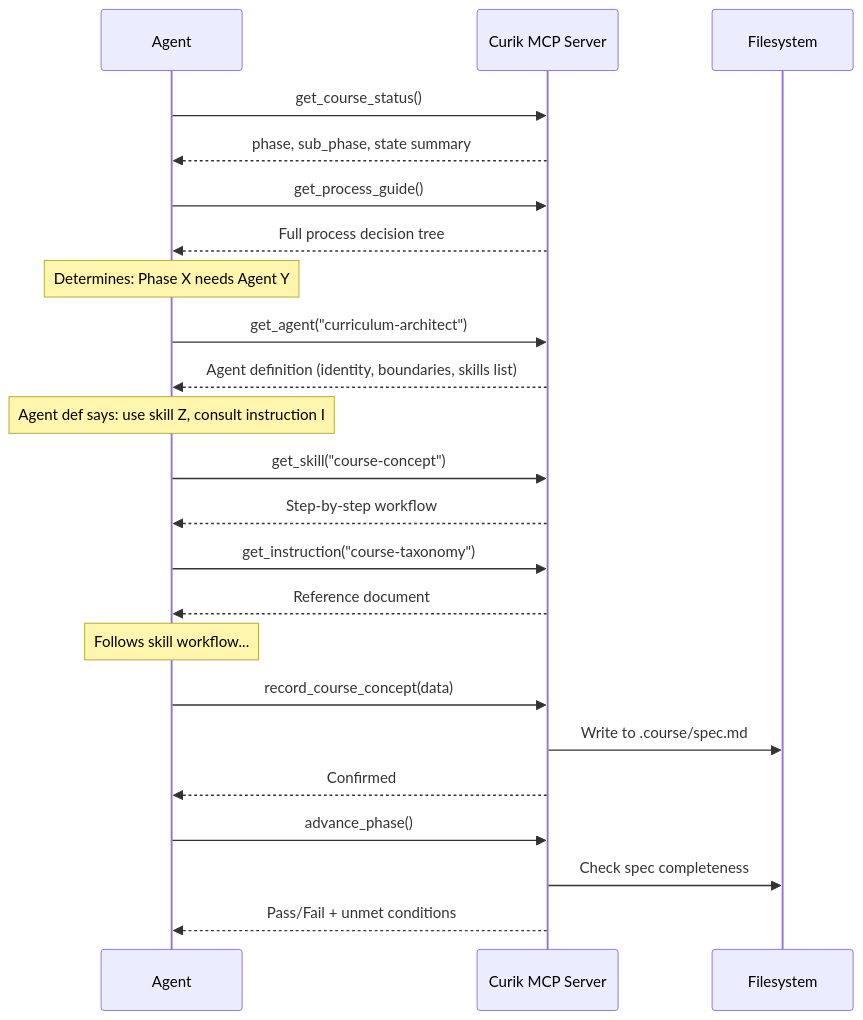
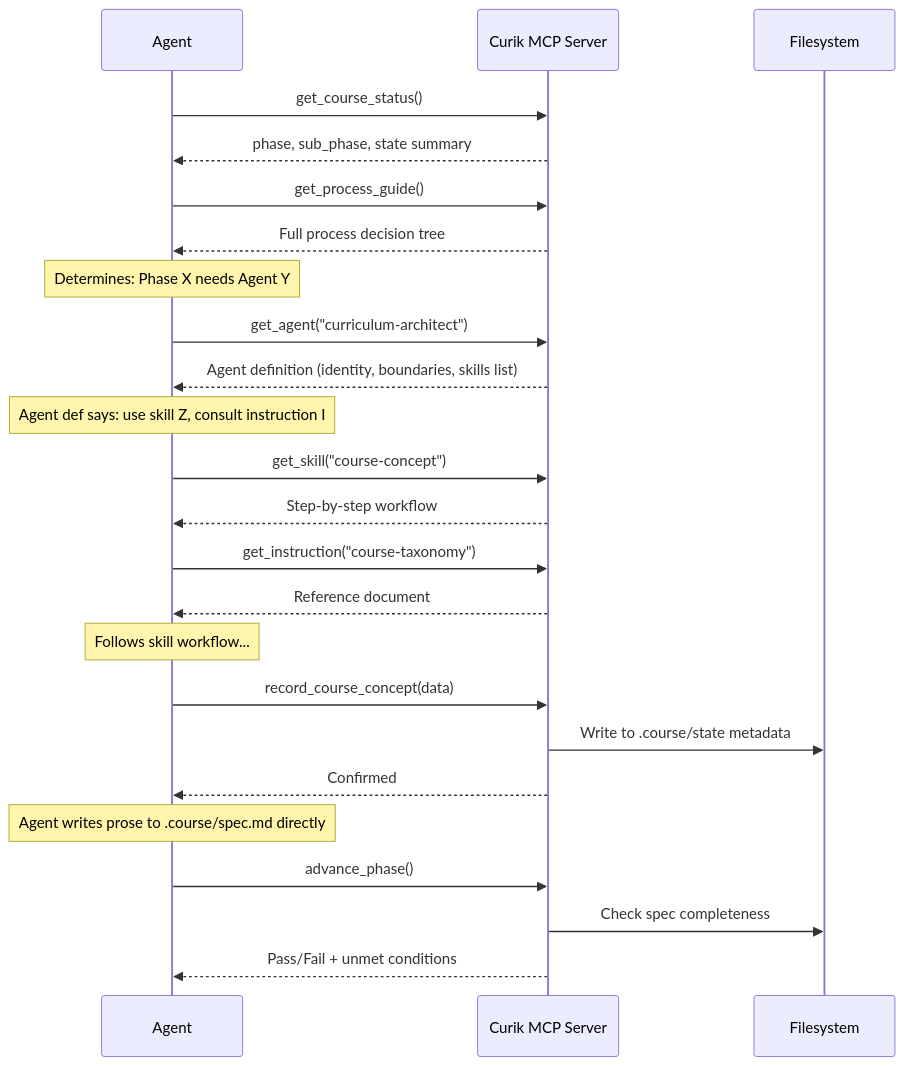
Before and after one commit to league-infrastructure/curik: the fifth of 6 diagrams in docs/curik-mcp-server-spec.md, drawn with Mermaid. The commit also changed other lines of this file and 1 other file, not shown here.

Commit message:
docs: add MCP server spec, remove outdated v1 project plan

````diff
--- a/docs/curik-mcp-server-spec.md
+++ b/docs/curik-mcp-server-spec.md
@@ -520,35 +533,37 @@
 ```mermaid
 sequenceDiagram
     participant Agent
     participant MCP as Curik MCP Server
     participant Files as Filesystem
     
     Agent->>MCP: get_course_status()
     MCP-->>Agent: phase, sub_phase, state summary
     
     Agent->>MCP: get_process_guide()
     MCP-->>Agent: Full process decision tree
     
     Note over Agent: Determines: Phase X needs Agent Y
     
     Agent->>MCP: get_agent("curriculum-architect")
     MCP-->>Agent: Agent definition (identity, boundaries, skills list)
     
     Note over Agent: Agent def says: use skill Z, consult instruction I
     
     Agent->>MCP: get_skill("course-concept")
     MCP-->>Agent: Step-by-step workflow
     
     Agent->>MCP: get_instruction("course-taxonomy")
     MCP-->>Agent: Reference document
     
     Note over Agent: Follows skill workflow...
     
     Agent->>MCP: record_course_concept(data)
-    MCP->>Files: Write to .course/spec.md
+    MCP->>Files: Write to .course/state metadata
     MCP-->>Agent: Confirmed
+    
+    Note over Agent: Agent writes prose to .course/spec.md directly
     
     Agent->>MCP: advance_phase()
     MCP->>Files: Check spec completeness
     MCP-->>Agent: Pass/Fail + unmet conditions
 ```
````
